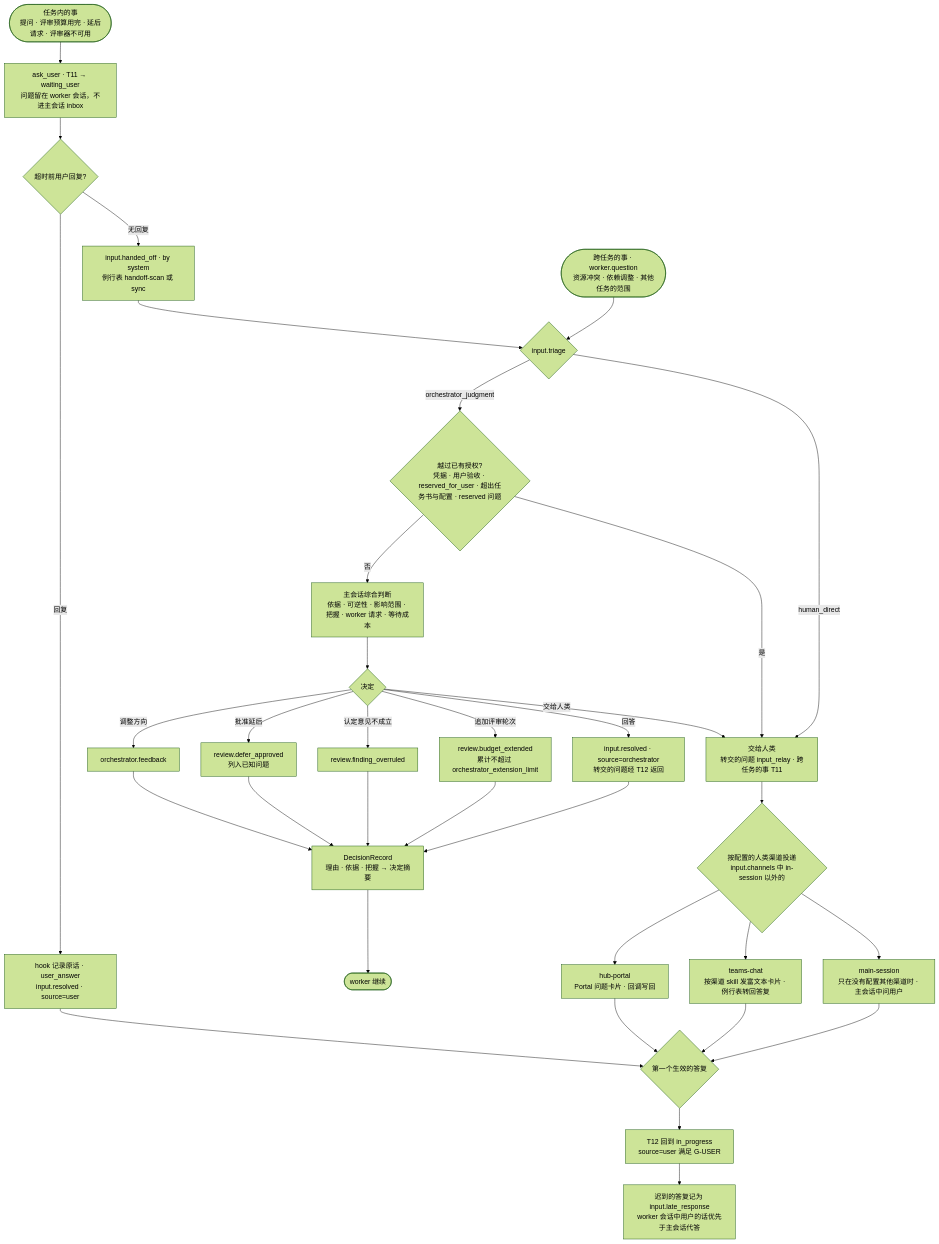
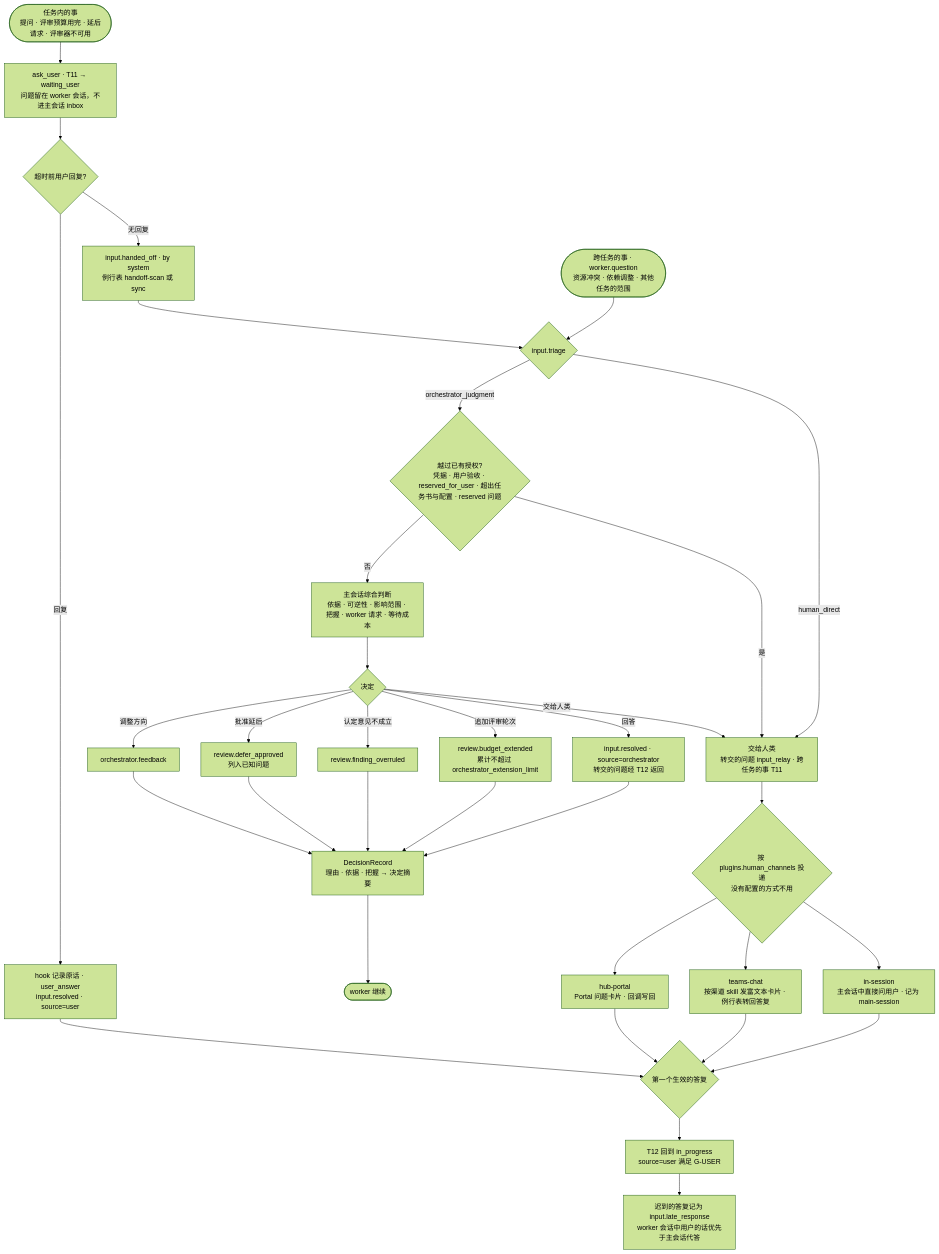
The diagram in docs/design/diagrams/input-routing.mmd (flyrobin620/task-steward), drawn with Mermaid (forest theme) before and after one commit. The commit also changed 22 other files, not shown here.

First line of the commit message:
input: human_channels decide how the main session asks, not the worker (T256 r3)

```diff
--- a/docs/design/diagrams/input-routing.mmd
+++ b/docs/design/diagrams/input-routing.mmd
@@ -1,35 +1,35 @@
 flowchart TD
     Q1([任务内的事<br/>提问 · 评审预算用完 · 延后请求 · 评审器不可用]) --> ASK
     Q2([跨任务的事 · worker.question<br/>资源冲突 · 依赖调整 · 其他任务的范围]) --> J
     ASK[ask_user · T11 → waiting_user<br/>问题留在 worker 会话，不进主会话 inbox] --> U{超时前用户回复?}
     U -- 回复 --> UA[hook 记录原话 · user_answer<br/>input.resolved · source=user]
     U -- 无回复 --> HO[input.handed_off · by system<br/>例行表 handoff-scan 或 sync]
     HO --> J
     J{input.triage}
     J -- human_direct --> ESC
     J -- orchestrator_judgment --> A{越过已有授权?<br/>凭据 · 用户验收 · reserved_for_user · 超出任务书与配置 · reserved 问题}
     A -- 是 --> ESC
     A -- 否 --> F[主会话综合判断<br/>依据 · 可逆性 · 影响范围 · 把握 · worker 请求 · 等待成本]
     F --> D{决定}
     D -- 回答 --> R1[input.resolved · source=orchestrator<br/>转交的问题经 T12 返回]
     D -- 追加评审轮次 --> R2[review.budget_extended<br/>累计不超过 orchestrator_extension_limit]
     D -- 认定意见不成立 --> R3[review.finding_overruled]
     D -- 批准延后 --> R4[review.defer_approved<br/>列入已知问题]
     D -- 调整方向 --> R5[orchestrator.feedback]
     D -- 交给人类 --> ESC
     R1 --> DR[DecisionRecord<br/>理由 · 依据 · 把握 → 决定摘要]
     R2 --> DR
     R3 --> DR
     R4 --> DR
     R5 --> DR
     DR --> W1([worker 继续])
-    ESC[交给人类<br/>转交的问题 input_relay · 跨任务的事 T11] --> CH{按配置的人类渠道投递<br/>input.channels 中 in-session 以外的}
-    CH --> S1[main-session<br/>只在没有配置其他渠道时 · 主会话中问用户]
+    ESC[交给人类<br/>转交的问题 input_relay · 跨任务的事 T11] --> CH{按 plugins.human_channels 投递<br/>没有配置的方式不用}
+    CH --> S1[in-session<br/>主会话中直接问用户 · 记为 main-session]
     CH --> S2[teams-chat<br/>按渠道 skill 发富文本卡片 · 例行表转回答复]
     CH --> S3[hub-portal<br/>Portal 问题卡片 · 回调写回]
     S1 --> V{第一个生效的答复}
     S2 --> V
     S3 --> V
     UA --> V
     V --> RR[T12 回到 in_progress<br/>source=user 满足 G-USER]
     RR --> C[迟到的答复记为 input.late_response<br/>worker 会话中用户的话优先于主会话代答]
```
